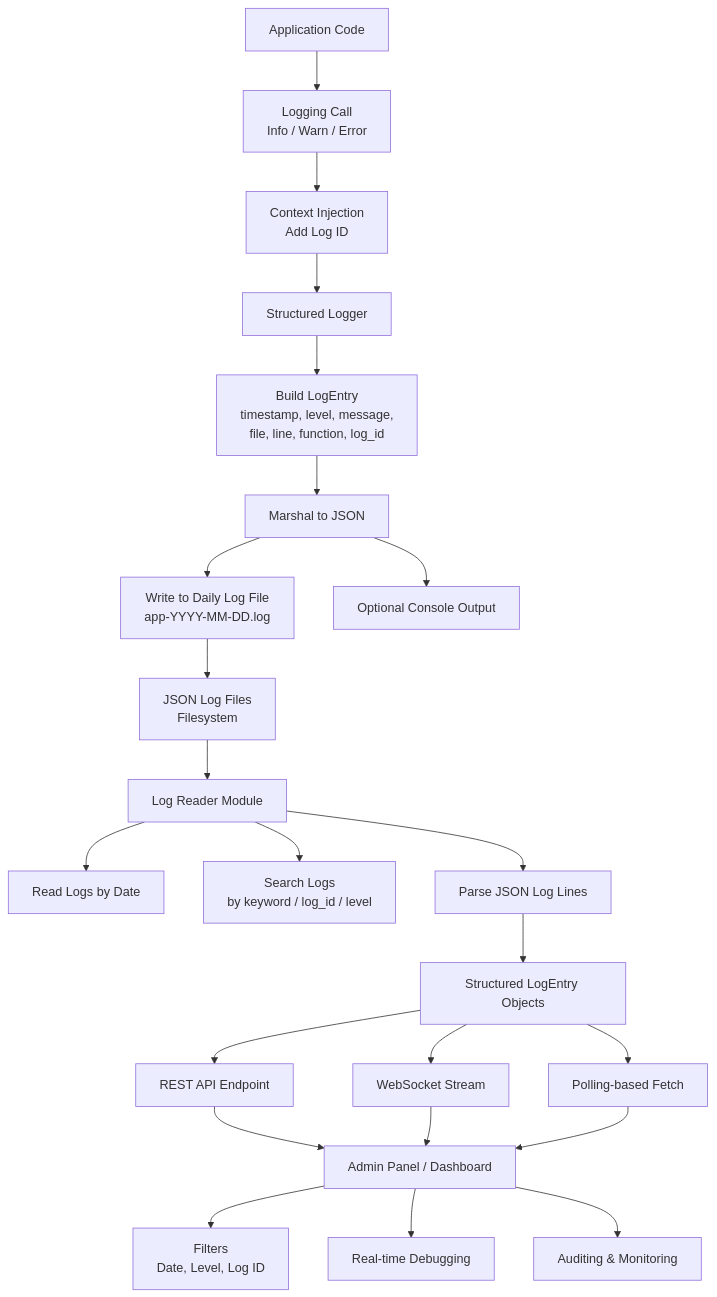
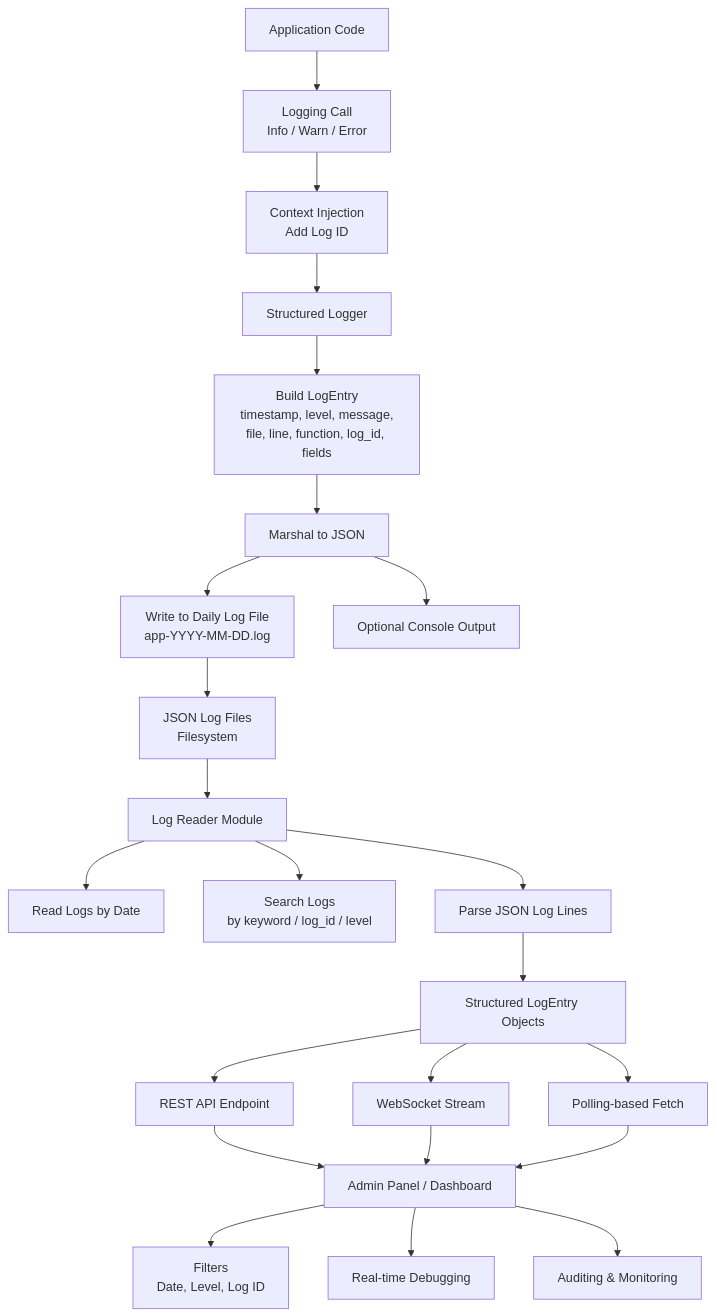
One commit to shekhar8352/go-logger changed the diagram in README.md. Above: the diagram before and after it, drawn with Mermaid. The commit also changed other lines of this file and 1 other file, not shown here.

Commit message:
Update README to include structured fields and child logger examples; add unit tests for logging fields serialization and context management

````diff
--- a/README.md
+++ b/README.md
@@ -72,40 +104,40 @@
 ```mermaid
 flowchart TD
     A[Application Code] --> B[Logging Call<br/>Info / Warn / Error]
 
     B --> C[Context Injection<br/>Add Log ID]
     C --> D[Structured Logger]
 
-    D --> E[Build LogEntry<br/>timestamp, level, message,<br/>file, line, function, log_id]
+    D --> E[Build LogEntry<br/>timestamp, level, message,<br/>file, line, function, log_id, fields]
     E --> F[Marshal to JSON]
 
     F --> G[Write to Daily Log File<br/>app-YYYY-MM-DD.log]
     F --> H[Optional Console Output]
 
     %% Log Storage
     G --> I[JSON Log Files<br/>Filesystem]
 
     %% Log Reading Path
     I --> J[Log Reader Module]
 
     J --> K[Read Logs by Date]
     J --> L[Search Logs<br/>by keyword / log_id / level]
     J --> M[Parse JSON Log Lines]
 
     M --> N[Structured LogEntry Objects]
 
     %% Exposure Layer
     N --> O[REST API Endpoint]
     N --> P[WebSocket Stream]
     N --> Q[Polling-based Fetch]
 
     %% Consumers
     O --> R[Admin Panel / Dashboard]
     P --> R
     Q --> R
 
     %% Advanced Use
     R --> S[Filters<br/>Date, Level, Log ID]
     R --> T[Real-time Debugging]
     R --> U[Auditing & Monitoring]
 ```
````
